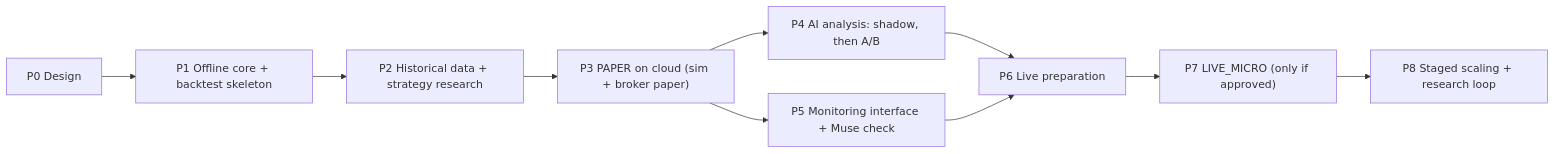
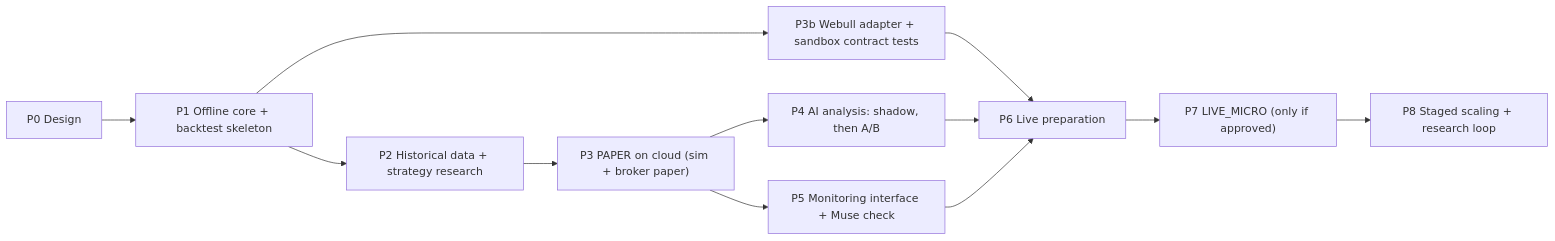
One commit to Kei-Takamizawa/AI-Trader changed the diagram in docs/design/07-roadmap.md. Above: the diagram before and after it, drawn with Mermaid. The commit also changed other lines of this file and 15 other files, not shown here.

````diff
--- a/docs/design/07-roadmap.md
+++ b/docs/design/07-roadmap.md
@@ -7,12 +7,14 @@
 ```mermaid
 flowchart LR
     p0["P0 Design"] --> p1["P1 Offline core + backtest skeleton"]
     p1 --> p2["P2 Historical data + strategy research"]
     p2 --> p3["P3 PAPER on cloud (sim + broker paper)"]
     p3 --> p4["P4 AI analysis: shadow, then A/B"]
     p3 --> p5["P5 Monitoring interface + Muse check"]
+    p1 --> p3b["P3b Webull adapter + sandbox contract tests"]
+    p3b --> p6
     p4 --> p6["P6 Live preparation"]
     p5 --> p6
     p6 --> p7["P7 LIVE_MICRO (only if approved)"]
     p7 --> p8["P8 Staged scaling + research loop"]
 ```
````
